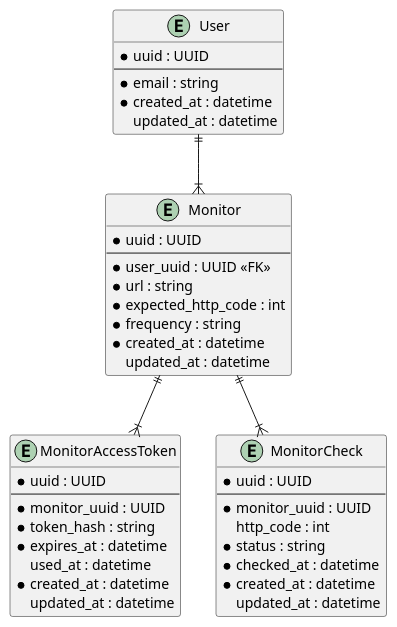
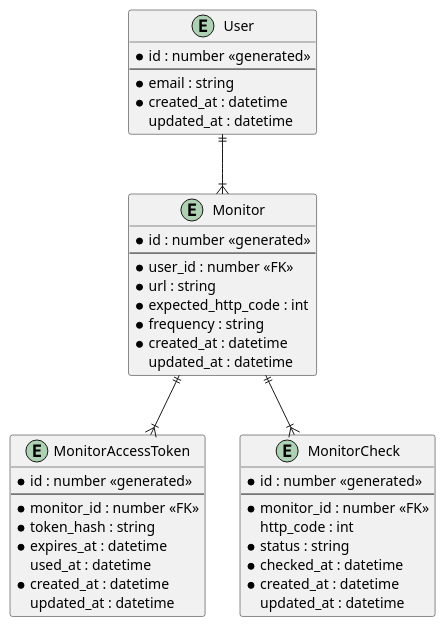
One commit to julien-gassmann/url-monitor changed the diagram in documents/UML/diagram_entity_relation.puml. Above: the diagram before and after it, drawn with PlantUML.

Commit message:
chore(backend): update diagram

```diff
--- a/documents/UML/diagram_entity_relation.puml
+++ b/documents/UML/diagram_entity_relation.puml
@@ -1,48 +1,48 @@
 @startuml
 top to bottom direction
 
 entity "User" {
-  *uuid : UUID
+  *id : number <<generated>>
   --
   *email : string
   *created_at : datetime
   updated_at : datetime
 }
 
 entity "Monitor" {
-  *uuid : UUID
+  *id : number <<generated>>
   --
-  *user_uuid : UUID <<FK>>
+  *user_id : number <<FK>>
   *url : string
   *expected_http_code : int
   *frequency : string
   *created_at : datetime
   updated_at : datetime
 }
 
 entity "MonitorAccessToken" {
-  *uuid : UUID
+  *id : number <<generated>>
   --
-  *monitor_uuid : UUID
+  *monitor_id : number <<FK>>
   *token_hash : string
   *expires_at : datetime
   used_at : datetime
   *created_at : datetime
   updated_at : datetime
 }
 
 entity "MonitorCheck" {
-  *uuid : UUID
+  *id : number <<generated>>
   --
-  *monitor_uuid : UUID
+  *monitor_id : number <<FK>>
   http_code : int
   *status : string
   *checked_at : datetime
   *created_at : datetime
   updated_at : datetime
 }
 
 User ||--|{ Monitor
 Monitor ||--|{ MonitorCheck
 Monitor ||--|{ MonitorAccessToken
 @enduml
```
